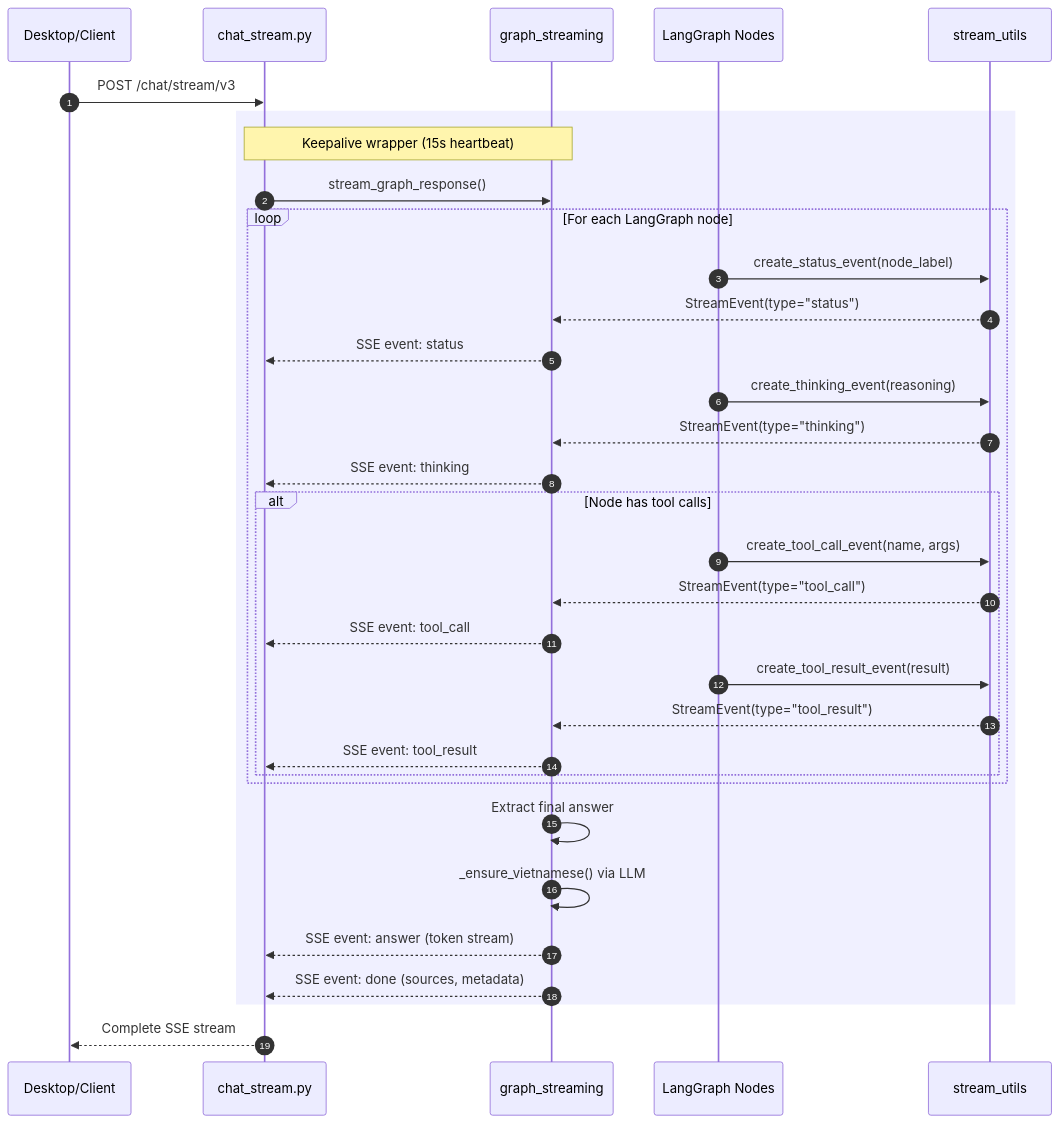
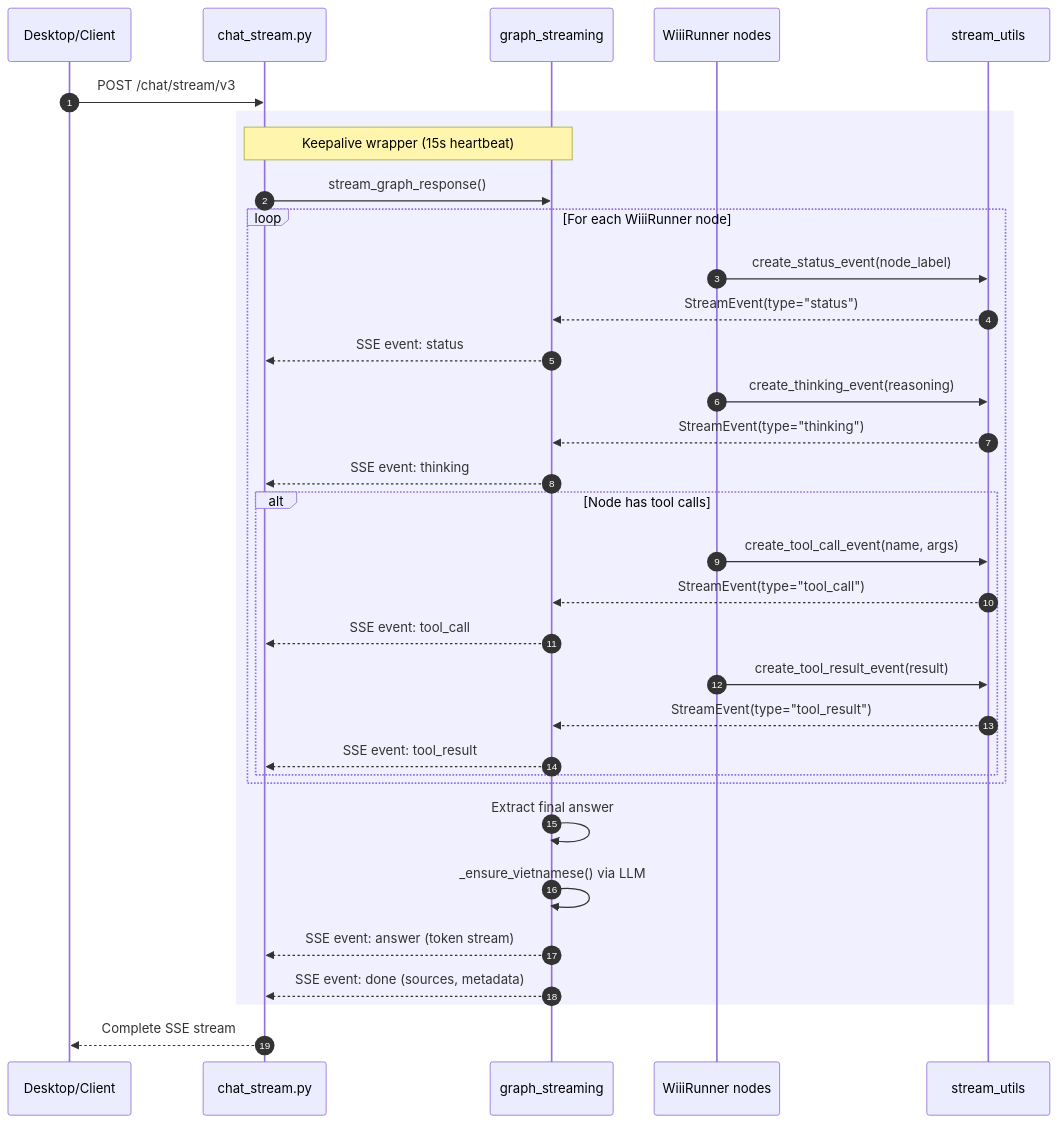
One commit to meiiie/wiii changed the eighth of 20 diagrams in maritime-ai-service/docs/architecture/SYSTEM_FLOW.md. Above: the diagram before and after it, drawn with Mermaid. The commit also changed other lines of this file and 18 other files, not shown here.

First line of the commit message:
docs: align architecture with WiiiRunner runtime (#143)

````diff
--- a/maritime-ai-service/docs/architecture/SYSTEM_FLOW.md
+++ b/maritime-ai-service/docs/architecture/SYSTEM_FLOW.md
@@ -527,43 +525,43 @@
 ```mermaid
 sequenceDiagram
     autonumber
     participant C as Desktop/Client
     participant API as chat_stream.py
     participant GS as graph_streaming
-    participant G as LangGraph Nodes
+    participant G as WiiiRunner nodes
     participant S as stream_utils
 
     C->>API: POST /chat/stream/v3
 
     rect rgb(240, 240, 255)
         Note over API,GS: Keepalive wrapper (15s heartbeat)
         API->>GS: stream_graph_response()
 
-        loop For each LangGraph node
+        loop For each WiiiRunner node
             G->>S: create_status_event(node_label)
             S-->>GS: StreamEvent(type="status")
             GS-->>API: SSE event: status
 
             G->>S: create_thinking_event(reasoning)
             S-->>GS: StreamEvent(type="thinking")
             GS-->>API: SSE event: thinking
 
             alt Node has tool calls
                 G->>S: create_tool_call_event(name, args)
                 S-->>GS: StreamEvent(type="tool_call")
                 GS-->>API: SSE event: tool_call
 
                 G->>S: create_tool_result_event(result)
                 S-->>GS: StreamEvent(type="tool_result")
                 GS-->>API: SSE event: tool_result
             end
         end
 
         GS->>GS: Extract final answer
         GS->>GS: _ensure_vietnamese() via LLM
         GS-->>API: SSE event: answer (token stream)
         GS-->>API: SSE event: done (sources, metadata)
     end
 
     API-->>C: Complete SSE stream
 ```
````
